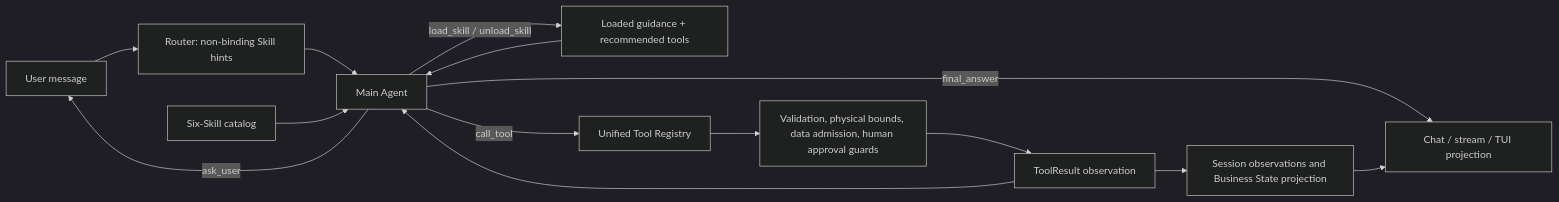
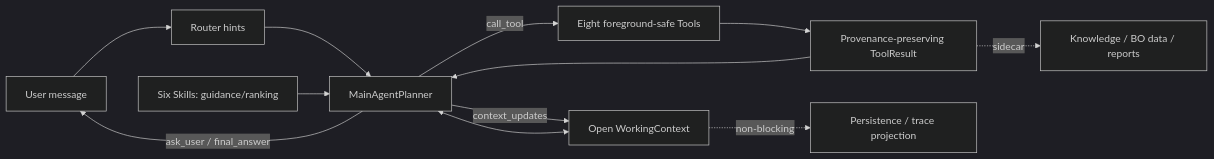
Before and after one commit to milumilelu/ultrafast-laser-bo-modeling: the diagram in ultrafast_laser_memory/docs/architecture/current_agent_control_flow.md, drawn with Mermaid (dark theme). The commit also changed other lines of this file and 90 other files, not shown here.

Commit message:
refactor: converge foreground agent runtime

````diff
--- a/ultrafast_laser_memory/docs/architecture/current_agent_control_flow.md
+++ b/ultrafast_laser_memory/docs/architecture/current_agent_control_flow.md
@@ -5,16 +5,14 @@
 ```mermaid
 flowchart LR
-    U["User message"] --> R["Router: non-binding Skill hints"]
-    R --> A["Main Agent"]
-    C["Six-Skill catalog"] --> A
-    A -->|"load_skill / unload_skill"| S["Loaded guidance + recommended tools"]
-    S --> A
-    A -->|"call_tool"| T["Unified Tool Registry"]
-    T --> G["Validation, physical bounds, data admission, human approval guards"]
-    G --> O["ToolResult observation"]
+    U["User message"] --> R["Router hints"]
+    R --> A["MainAgentPlanner"]
+    W["Open WorkingContext"] <--> A
+    S["Six Skills: guidance/ranking"] --> A
+    A -->|"context_updates"| W
+    A -->|"call_tool"| T["Eight foreground-safe Tools"]
+    T --> O["Provenance-preserving ToolResult"]
     O --> A
-    A -->|"ask_user"| U
-    A -->|"final_answer"| V["Chat / stream / TUI projection"]
-    O --> P["Session observations and Business State projection"]
-    P --> V
+    A -->|"ask_user / final_answer"| U
+    W -. "non-blocking" .-> P["Persistence / trace projection"]
+    O -. "sidecar" .-> G["Knowledge / BO data / reports"]
 ```
````
